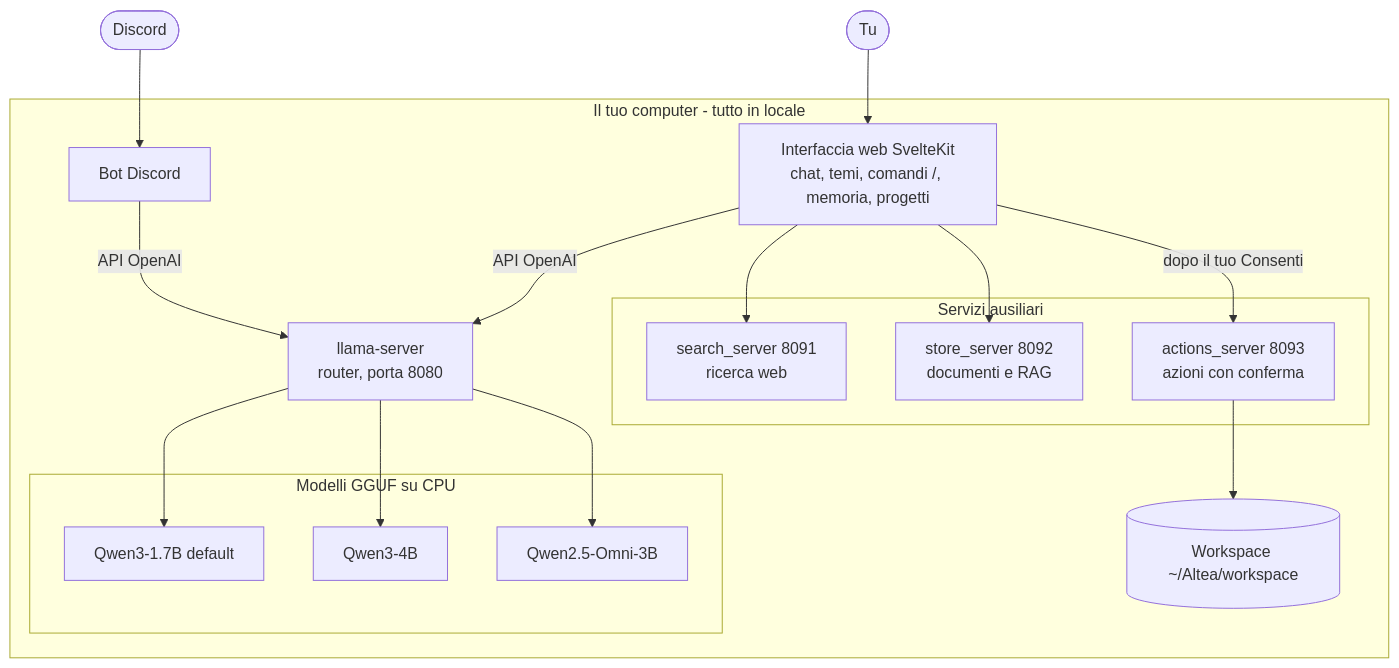
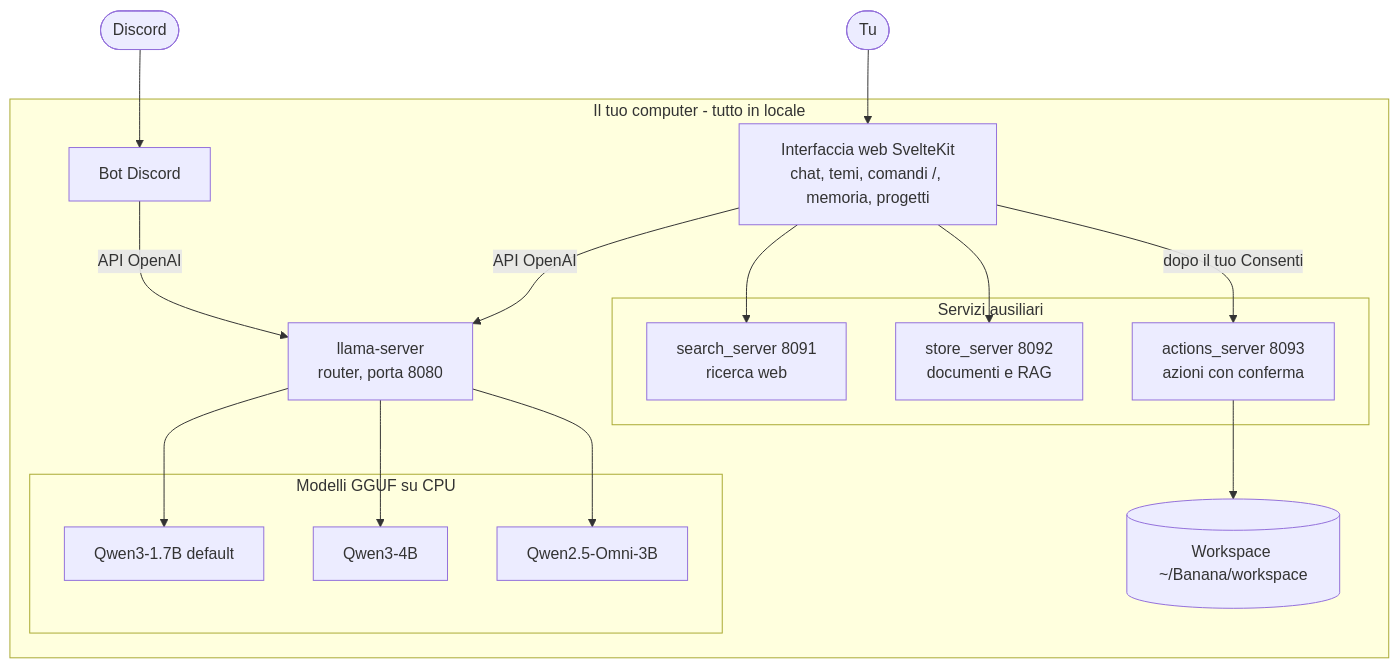
One commit to mistery-alex06/llm-cpp changed the diagram in README.md. Above: the diagram before and after it, drawn with Mermaid. The commit also changed 44 other files, not shown here.

````diff
--- a/README.md
+++ b/README.md
@@ -34,30 +34,30 @@
 ```mermaid
 flowchart TB
   U([Tu]) --> UI
   DC([Discord]) --> BOT[Bot Discord]
   subgraph PC[Il tuo computer - tutto in locale]
     UI[Interfaccia web SvelteKit<br/>chat, temi, comandi /, memoria, progetti]
     BOT
     SRV[llama-server<br/>router, porta 8080]
     subgraph AUX[Servizi ausiliari]
       SEARCH[search_server 8091<br/>ricerca web]
       STORE[store_server 8092<br/>documenti e RAG]
       ACT[actions_server 8093<br/>azioni con conferma]
     end
     subgraph MOD[Modelli GGUF su CPU]
       M1[Qwen3-1.7B default]
       M2[Qwen3-4B]
       M3[Qwen2.5-Omni-3B]
     end
-    WS[(Workspace ~/Altea/workspace)]
+    WS[(Workspace ~/Banana/workspace)]
   end
   UI -->|API OpenAI| SRV
   BOT -->|API OpenAI| SRV
   UI --> SEARCH
   UI --> STORE
   UI -->|dopo il tuo Consenti| ACT
   SRV --> M1
   SRV --> M2
   SRV --> M3
   ACT --> WS
 ```
````
